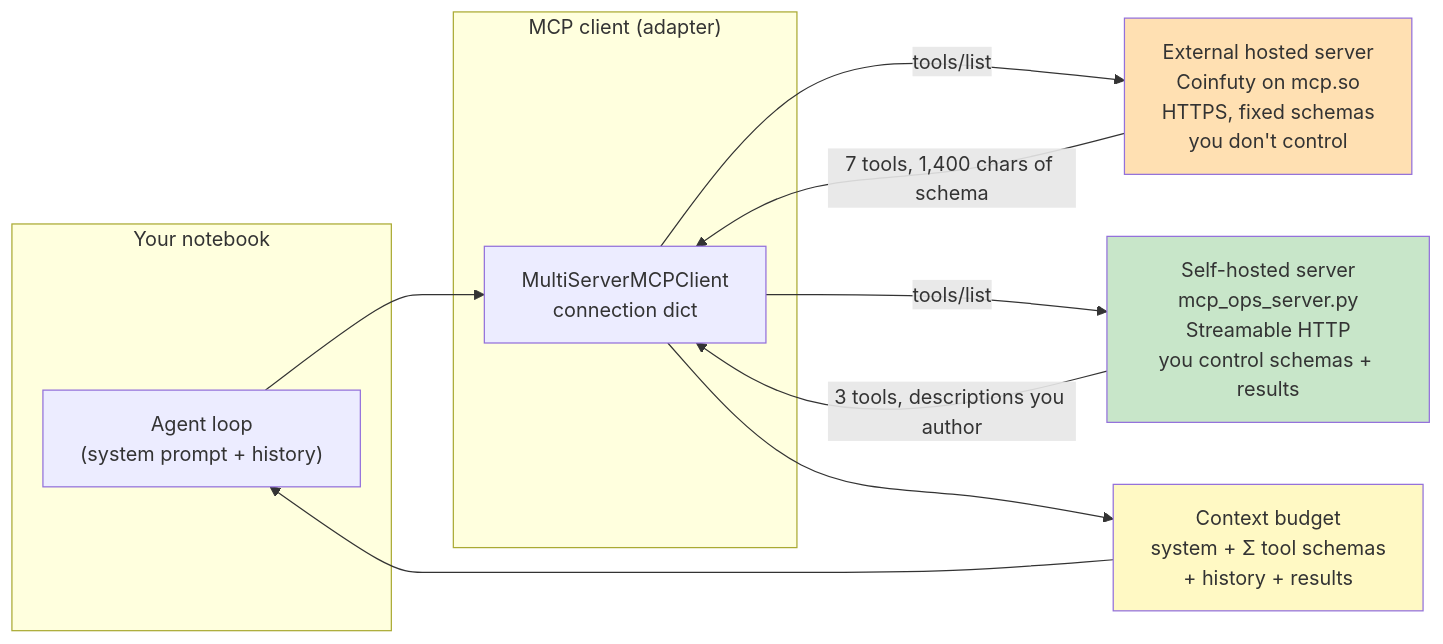
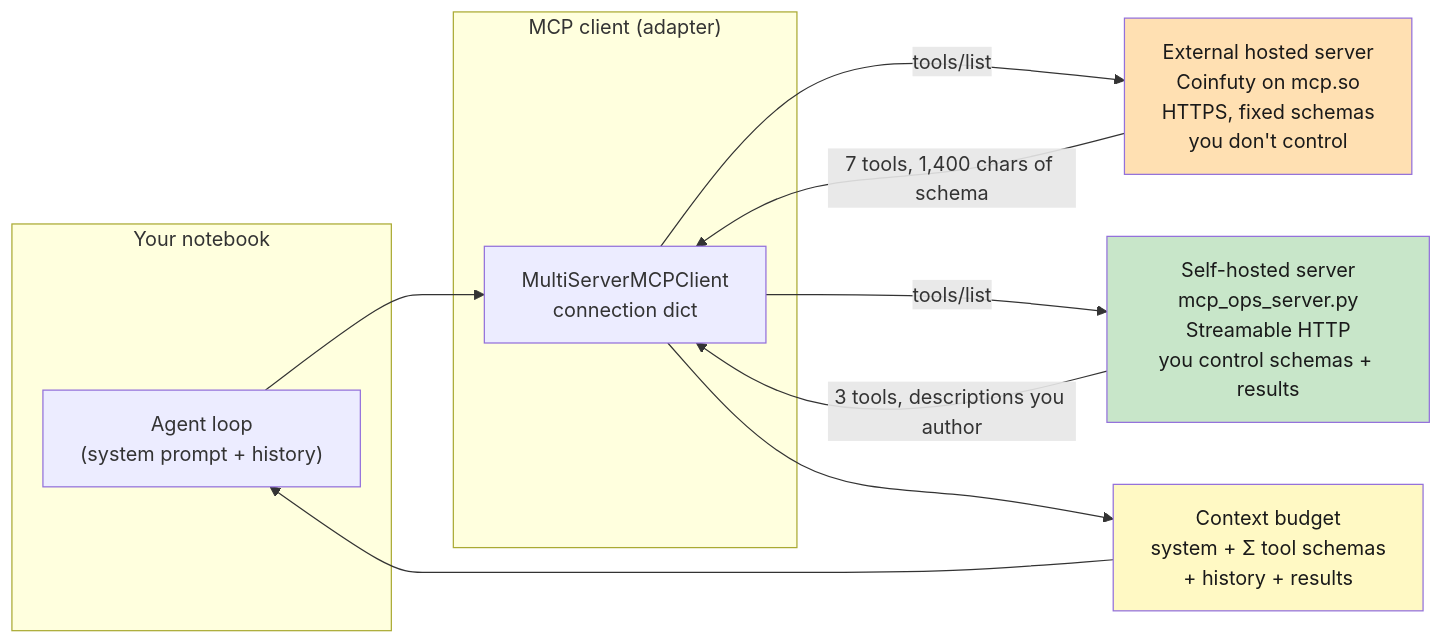
One commit to CogKnowEdge-Solutions/Orchestration changed the diagram in Langchain-Labs/Lab8(Advanced)/lab-mcp-context-engineering.md. Above: the diagram before and after it, drawn with Mermaid. The commit also changed 8 other files, not shown here.

Commit message:
Labs: make mermaid text visible and mix diagram orientations

````diff
--- a/Langchain-Labs/Lab8(Advanced)/lab-mcp-context-engineering.md
+++ b/Langchain-Labs/Lab8(Advanced)/lab-mcp-context-engineering.md
@@ -113,23 +113,23 @@
 ```mermaid
 graph LR
     subgraph Notebook["Your notebook"]
         AG["Agent loop<br/>(system prompt + history)"]
     end
     subgraph Client["MCP client (adapter)"]
         MC["MultiServerMCPClient<br/>connection dict"]
     end
     EXT["External hosted server<br/>Coinfuty on mcp.so<br/>HTTPS, fixed schemas<br/>you don't control"]
     OWN["Self-hosted server<br/>mcp_ops_server.py<br/>Streamable HTTP<br/>you control schemas + results"]
     CTX["Context budget<br/>system + Σ tool schemas<br/>+ history + results"]
 
     AG --> MC
     MC -->|"tools/list"| EXT
     MC -->|"tools/list"| OWN
     EXT -->|"7 tools, 1,400 chars of schema"| MC
     OWN -->|"3 tools, descriptions you author"| MC
     MC --> CTX --> AG
 
-    style EXT fill:#ffe0b2
-    style OWN fill:#c8e6c9
-    style CTX fill:#fff9c4
+    style EXT fill:#ffe0b2,color:#1a1a1a
+    style OWN fill:#c8e6c9,color:#1a1a1a
+    style CTX fill:#fff9c4,color:#1a1a1a
 ```
````
